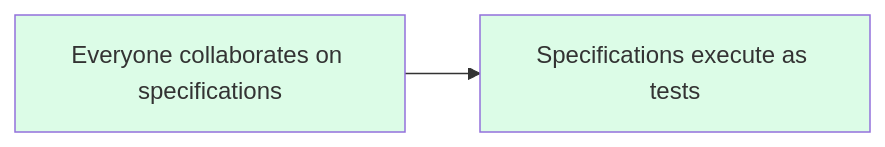
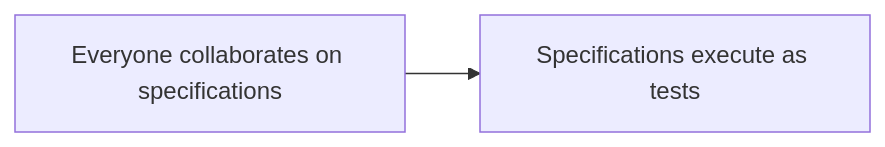
One commit to ready-to-release/eac changed the fourth of 6 diagrams in docs/explanation/everything-as-code/paradigm.md. Above: the diagram before and after it, drawn with Mermaid. The commit also changed other lines of this file and 28 other files, not shown here.

````diff
--- a/docs/explanation/everything-as-code/paradigm.md
+++ b/docs/explanation/everything-as-code/paradigm.md
@@ -134,6 +122,4 @@
 ```mermaid
 flowchart LR
     A[Everyone collaborates on specifications] --> B[Specifications execute as tests]
-    style A fill:#dcfce7
-    style B fill:#dcfce7
 ```
````
